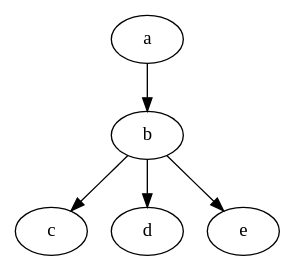
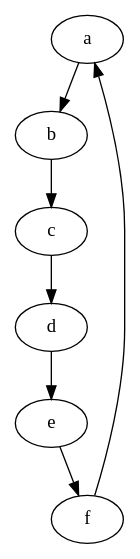
The diagram in docs/src/graph/loop.dot (TheGreenBox/sattelite_step_drive), drawn with Graphviz before and after one commit. The commit also changed 1 other file, not shown here.

Commit message:
add first generation of architecture

```diff
--- a/docs/src/graph/loop.dot
+++ b/docs/src/graph/loop.dot
@@ -1,5 +1,3 @@
 digraph sat_step_ach {
-    a -> b -> c;
-    b -> d;
-    b -> e;
+    a -> b -> c -> d -> e -> f -> a;
 }
```
